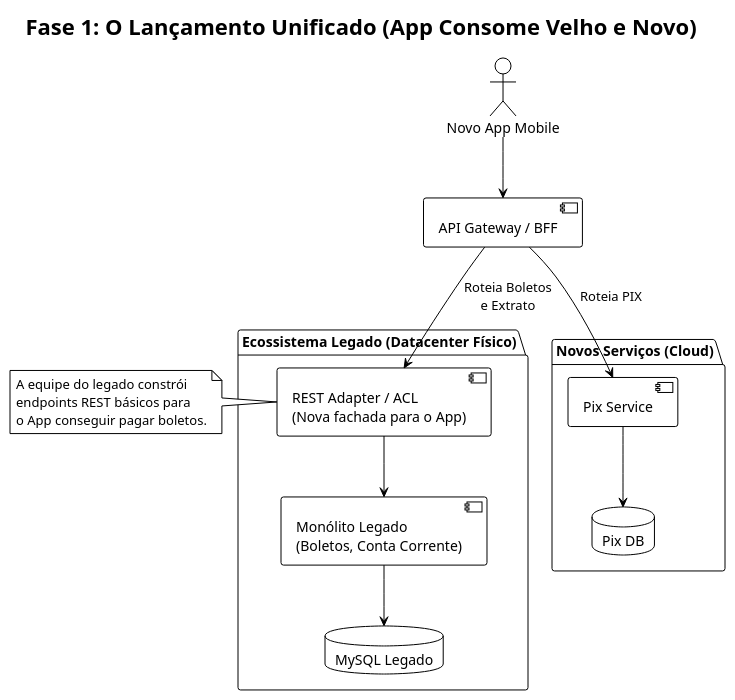
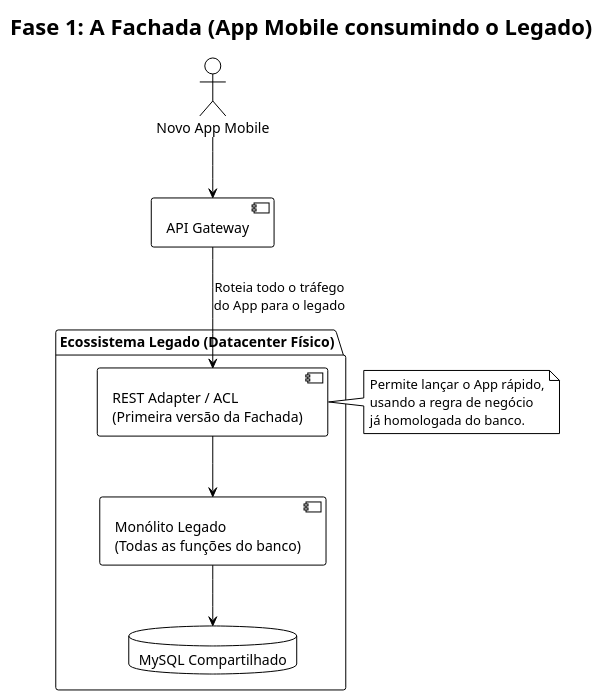
One commit to daniel-apolinario/puc-microservices changed the second of 4 diagrams in README.md. Above: the diagram before and after it, drawn with PlantUML. The commit also changed other lines of this file, not shown here.

Commit message:
Revise phases and titles in architecture documentation

````diff
--- a/README.md
+++ b/README.md
@@ -66,46 +66,39 @@
 ```plantuml
 @startuml
 !theme plain
 skinparam componentStyle uml2
 
 <style>
 document {
   Padding 5
 }
 node {
   Padding 20
 }
 </style>
 
-title Fase 1: O Lançamento Unificado (App Consome Velho e Novo)
+title Fase 1: A Fachada (App Mobile consumindo o Legado)
 
 actor "Novo App Mobile" as App
-component "API Gateway / BFF" as Gateway
-
-package "Novos Serviços (Cloud)" {
-    component "Pix Service" as PixMS
-    database "Pix DB" as PixDB
-    PixMS -down-> PixDB
-}
+component "API Gateway" as Gateway
 
 package "Ecossistema Legado (Datacenter Físico)" {
-    component "REST Adapter / ACL\n(Nova fachada para o App)" as Adapter
-    component "Monólito Legado\n(Boletos, Conta Corrente)" as Monolito
-    database "MySQL Legado" as LegadoDB
+    component "REST Adapter / ACL\n(Primeira versão da Fachada)" as Adapter
+    component "Monólito Legado\n(Todas as funções do banco)" as Monolito
+    database "MySQL Compartilhado" as LegadoDB
     
     Adapter -down-> Monolito
     Monolito -down-> LegadoDB
 }
 
 App -down-> Gateway
-Gateway -down-> PixMS : Roteia PIX
-Gateway -down-> Adapter : Roteia Boletos\ne Extrato
+Gateway -down-> Adapter : Roteia todo o tráfego\ndo App para o legado
 
-note left of Adapter
-  A equipe do legado constrói 
-  endpoints REST básicos para 
-  o App conseguir pagar boletos.
+note right of Adapter
+  Permite lançar o App rápido,
+  usando a regra de negócio
+  já homologada do banco.
 end note
 
 @enduml
 ```
````
